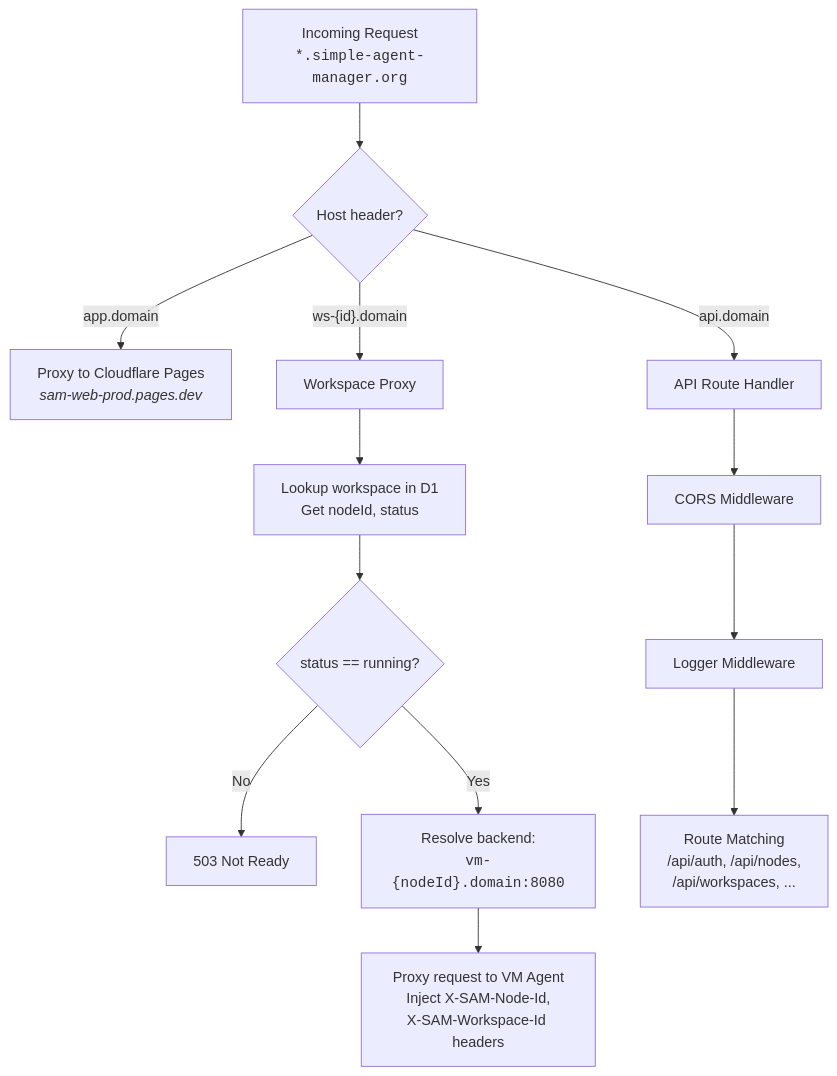
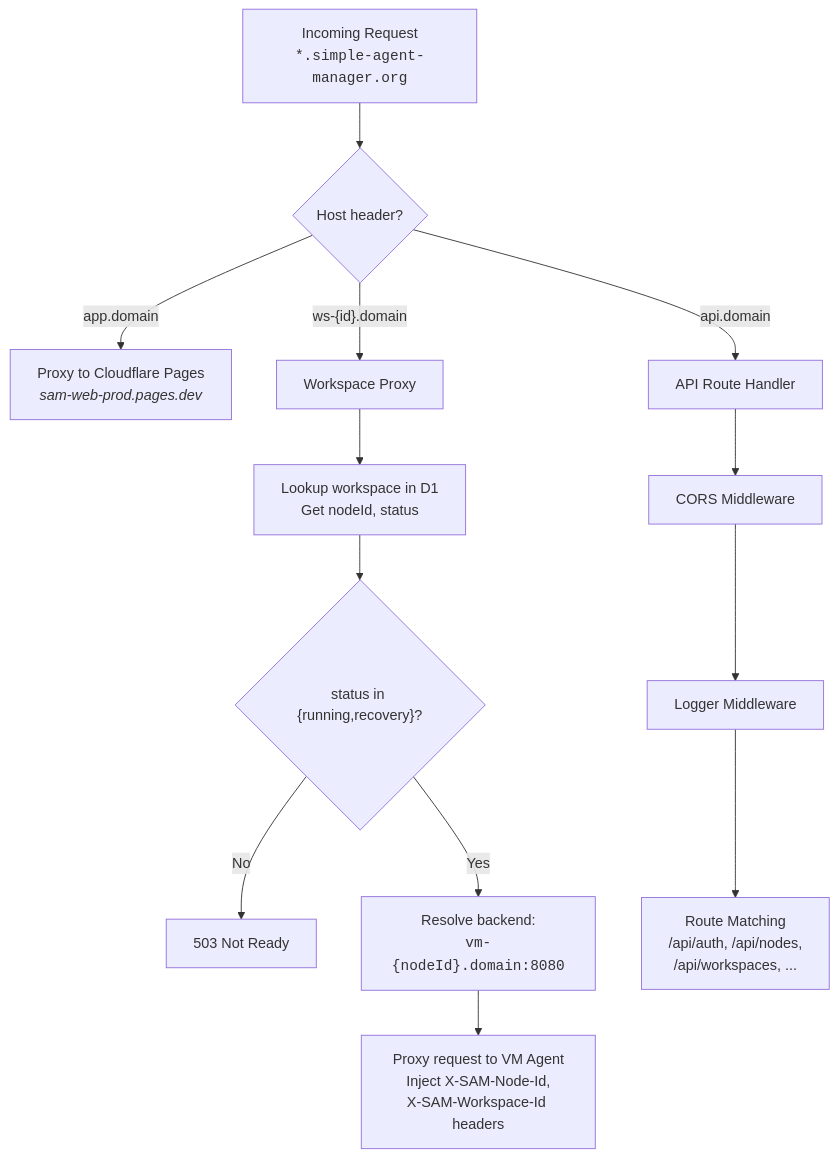
Before and after one commit to raphaeltm/simple-agent-manager: the second of 17 diagrams in docs/architecture/walkthrough.md, drawn with Mermaid. The commit also changed other lines of this file and 28 other files, not shown here.

Commit message:
Harden devcontainer bootstrap fallback and add recovery status

````diff
--- a/docs/architecture/walkthrough.md
+++ b/docs/architecture/walkthrough.md
@@ -91,20 +91,20 @@
 ```mermaid
 flowchart TD
     Request["Incoming Request<br/><code>*.simple-agent-manager.org</code>"]
 
     Request --> HostCheck{"Host header?"}
 
     HostCheck -->|"app.domain"| ProxyPages["Proxy to Cloudflare Pages<br/><i>sam-web-prod.pages.dev</i>"]
     HostCheck -->|"ws-{id}.domain"| WSProxy["Workspace Proxy"]
     HostCheck -->|"api.domain"| APIRoutes["API Route Handler"]
 
     WSProxy --> LookupDB["Lookup workspace in D1<br/>Get nodeId, status"]
-    LookupDB --> StatusCheck{"status == running?"}
+    LookupDB --> StatusCheck{"status in {running,recovery}?"}
     StatusCheck -->|No| Return503["503 Not Ready"]
     StatusCheck -->|Yes| ResolveNode["Resolve backend:<br/><code>vm-{nodeId}.domain:8080</code>"]
     ResolveNode --> ProxyVM["Proxy request to VM Agent<br/>Inject X-SAM-Node-Id,<br/>X-SAM-Workspace-Id headers"]
 
     APIRoutes --> CORS["CORS Middleware"]
     CORS --> Logger["Logger Middleware"]
     Logger --> Routes["Route Matching<br/>/api/auth, /api/nodes,<br/>/api/workspaces, ..."]
 ```
````
